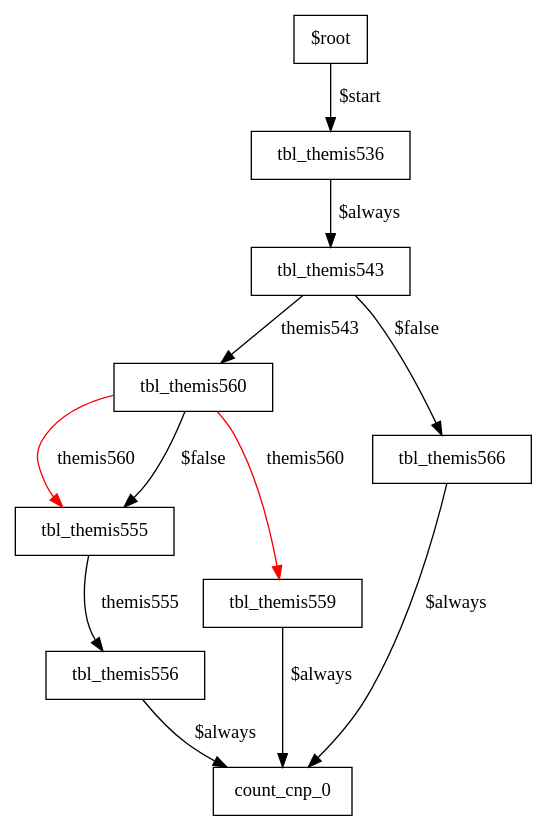
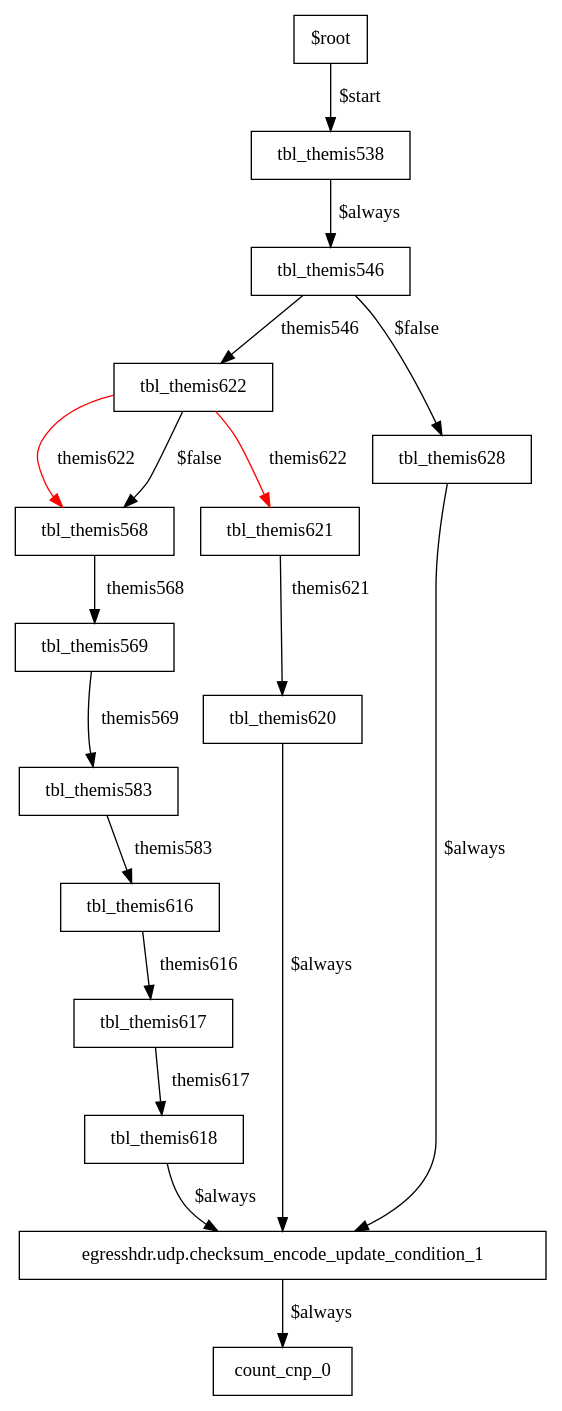
The diagram in P4/tofino2/pipe/graphs/egress.power.dot (Networked-System-and-Security-Group/Themis), drawn with Graphviz before and after one commit. The commit also changed 39 other files, not shown here.

```diff
--- a/P4/tofino2/pipe/graphs/egress.power.dot
+++ b/P4/tofino2/pipe/graphs/egress.power.dot
@@ -1,22 +1,34 @@
 digraph egress {
 0 [label="$root" shape=box color="black"];
-8 [label="count_cnp_0" shape=box color="black"];
-1 [label="tbl_themis536" shape=box color="black"];
-2 [label="tbl_themis543" shape=box color="black"];
-6 [label="tbl_themis555" shape=box color="black"];
-7 [label="tbl_themis556" shape=box color="black"];
-5 [label="tbl_themis559" shape=box color="black"];
-3 [label="tbl_themis560" shape=box color="black"];
-4 [label="tbl_themis566" shape=box color="black"];
+14 [label="count_cnp_0" shape=box color="black"];
+13 [label="egresshdr.udp.checksum_encode_update_condition_1" shape=box color="black"];
+1 [label="tbl_themis538" shape=box color="black"];
+2 [label="tbl_themis546" shape=box color="black"];
+6 [label="tbl_themis568" shape=box color="black"];
+8 [label="tbl_themis569" shape=box color="black"];
+9 [label="tbl_themis583" shape=box color="black"];
+10 [label="tbl_themis616" shape=box color="black"];
+11 [label="tbl_themis617" shape=box color="black"];
+12 [label="tbl_themis618" shape=box color="black"];
+7 [label="tbl_themis620" shape=box color="black"];
+5 [label="tbl_themis621" shape=box color="black"];
+3 [label="tbl_themis622" shape=box color="black"];
+4 [label="tbl_themis628" shape=box color="black"];
 0-> 1 [label="$start" color="black"];
+13-> 14 [label="$always" color="black"];
 1-> 2 [label="$always" color="black"];
-2-> 3 [label="themis543" color="black"];
+2-> 3 [label="themis546" color="black"];
 2-> 4 [label="$false" color="black"];
-6-> 7 [label="themis555" color="black"];
-7-> 8 [label="$always" color="black"];
-5-> 8 [label="$always" color="black"];
-3-> 5 [label="themis560" color="red"];
-3-> 6 [label="themis560" color="red"];
+6-> 8 [label="themis568" color="black"];
+8-> 9 [label="themis569" color="black"];
+9-> 10 [label="themis583" color="black"];
+10-> 11 [label="themis616" color="black"];
+11-> 12 [label="themis617" color="black"];
+12-> 13 [label="$always" color="black"];
+7-> 13 [label="$always" color="black"];
+5-> 7 [label="themis621" color="black"];
+3-> 5 [label="themis622" color="red"];
+3-> 6 [label="themis622" color="red"];
 3-> 6 [label="$false" color="black"];
-4-> 8 [label="$always" color="black"];
+4-> 13 [label="$always" color="black"];
 }
```
